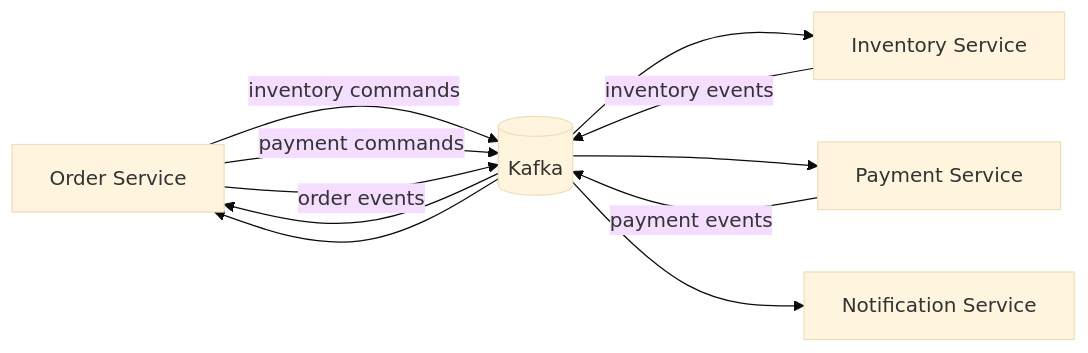
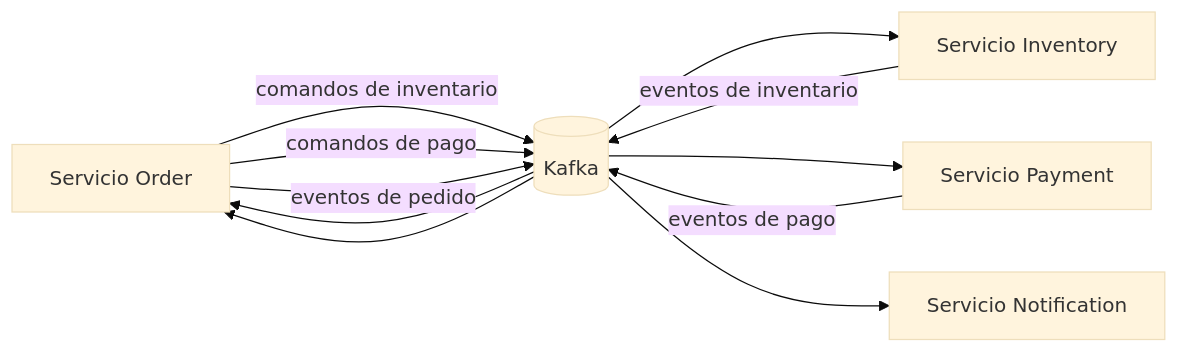
The diagram in docs/messaging/README.md (SergioGarciaRuiz557/OrderFlow), drawn with Mermaid (base theme) before and after one commit. The commit also changed other lines of this file and 156 other files, not shown here.

````diff
--- a/docs/messaging/README.md
+++ b/docs/messaging/README.md
@@ -5,13 +5,13 @@
 ```mermaid
 flowchart LR
-    O[Order Service] -->|inventory commands| K[(Kafka)]
-    K --> I[Inventory Service]
-    I -->|inventory events| K
+    O[Servicio Order] -->|comandos de inventario| K[(Kafka)]
+    K --> I[Servicio Inventory]
+    I -->|eventos de inventario| K
     K --> O
-    O -->|payment commands| K
-    K --> P[Payment Service]
-    P -->|payment events| K
+    O -->|comandos de pago| K
+    K --> P[Servicio Payment]
+    P -->|eventos de pago| K
     K --> O
-    O -->|order events| K
-    K --> N[Notification Service]
+    O -->|eventos de pedido| K
+    K --> N[Servicio Notification]
 ```
````
